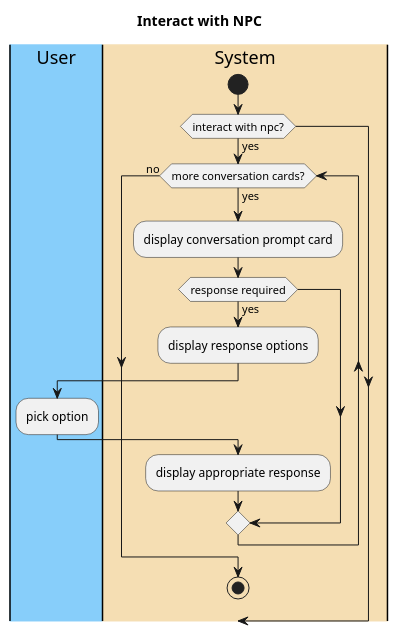
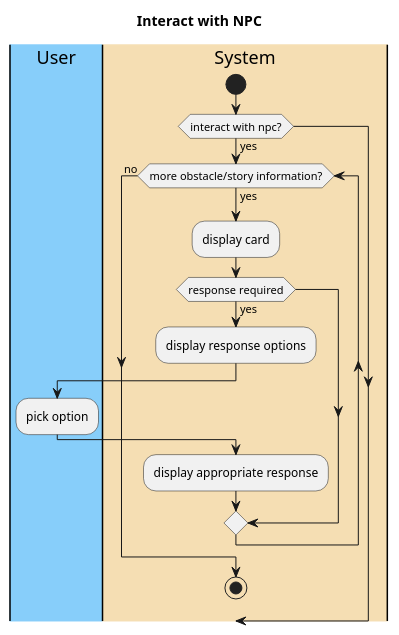
The diagram in CMPU_203_PirateGame/doc/use-cases/Interact_With_NPCs.md (emutchek/MaraudersAtSea), drawn with PlantUML before and after one commit. The commit also changed other lines of this file and 1 other file, not shown here.

````diff
--- a/CMPU_203_PirateGame/doc/use-cases/Interact_With_NPCs.md
+++ b/CMPU_203_PirateGame/doc/use-cases/Interact_With_NPCs.md
@@ -34,27 +35,27 @@
 ```PlantUML
 @startuml
 title Interact with NPC
 |#LightSkyBlue|User|
 |#Wheat|System|
 
 |System|
 start
 if (interact with npc?) then (yes)
 
-while (more conversation cards?) is (yes)
-    :display conversation prompt card;
+while (more obstacle/story information?) is (yes)
+    :display card;
 
 |System|
 if (response required) then (yes)
     :display response options;
     |User|
     :pick option;
 
 |System|
 :display appropriate response;
 
 endif
 endwhile (no)
 stop
 @enduml
 ```
````
